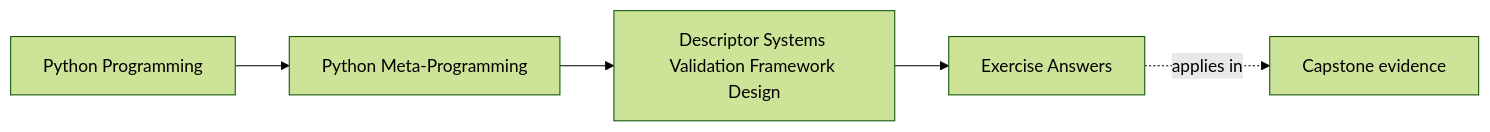
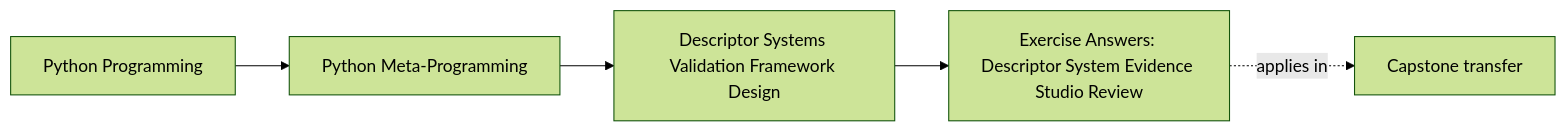
The first of 2 diagrams in programs/python-programming/python-meta-programming/course-book/module-08-descriptor-systems-validation-framework-design/exercise-answers.md (bijux/bijux-masterclass), drawn with Mermaid (forest theme) before and after one commit. The commit also changed other lines of this file, not shown here.

Commit message:
docs(module-08): align answers with system evidence

````diff
--- a/programs/python-programming/python-meta-programming/course-book/module-08-descriptor-systems-validation-framework-design/exercise-answers.md
+++ b/programs/python-programming/python-meta-programming/course-book/module-08-descriptor-systems-validation-framework-design/exercise-answers.md
@@ -7,11 +6,11 @@
 ```mermaid
 graph LR
   family["Python Programming"]
   program["Python Meta-Programming"]
   section["Descriptor Systems Validation Framework Design"]
-  page["Exercise Answers"]
-  capstone["Capstone evidence"]
+  page["Exercise Answers: Descriptor System Evidence Studio Review"]
+  capstone["Capstone transfer"]
 
   family --> program --> section --> page
   page -.applies in.-> capstone
 ```
````
